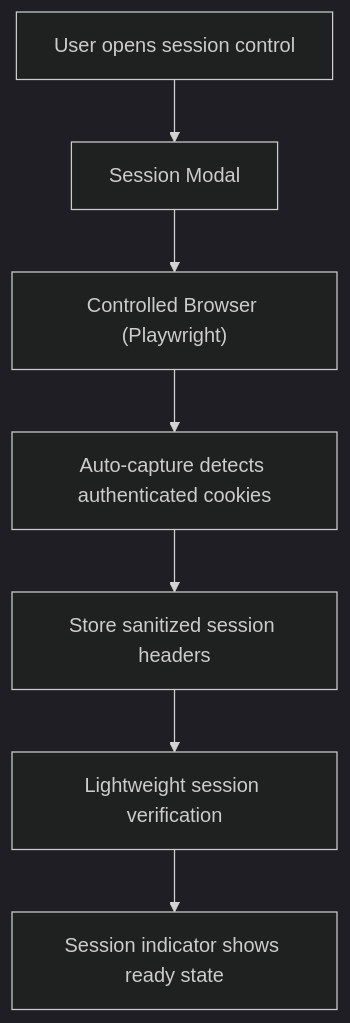
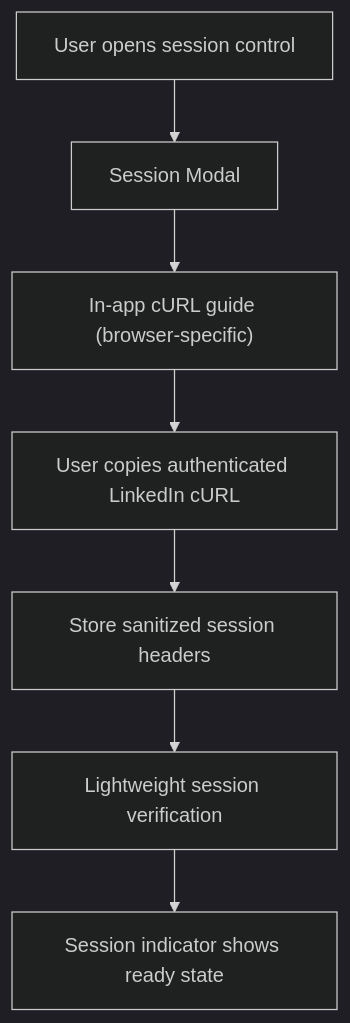
One commit to mahdiahmadi1991/LinkedIn-Job-Scraper changed the first of 3 diagrams in docs/data-flow-diagram.md. Above: the diagram before and after it, drawn with Mermaid (dark theme). The commit also changed 63 other files, not shown here.

Commit message:
feat(session)!: switch LinkedIn session flow to cURL-only UX

````diff
--- a/docs/data-flow-diagram.md
+++ b/docs/data-flow-diagram.md
@@ -15,17 +15,17 @@
 ```mermaid
 flowchart TD
     User["User opens session control"]
     Modal["Session Modal"]
-    Browser["Controlled Browser (Playwright)"]
-    Detect["Auto-capture detects authenticated cookies"]
+    Guide["In-app cURL guide (browser-specific)"]
+    Copy["User copies authenticated LinkedIn cURL"]
     Store["Store sanitized session headers"]
     Verify["Lightweight session verification"]
     Ready["Session indicator shows ready state"]
 
     User --> Modal
-    Modal --> Browser
-    Browser --> Detect
-    Detect --> Store
+    Modal --> Guide
+    Guide --> Copy
+    Copy --> Store
     Store --> Verify
     Verify --> Ready
 ```
````
